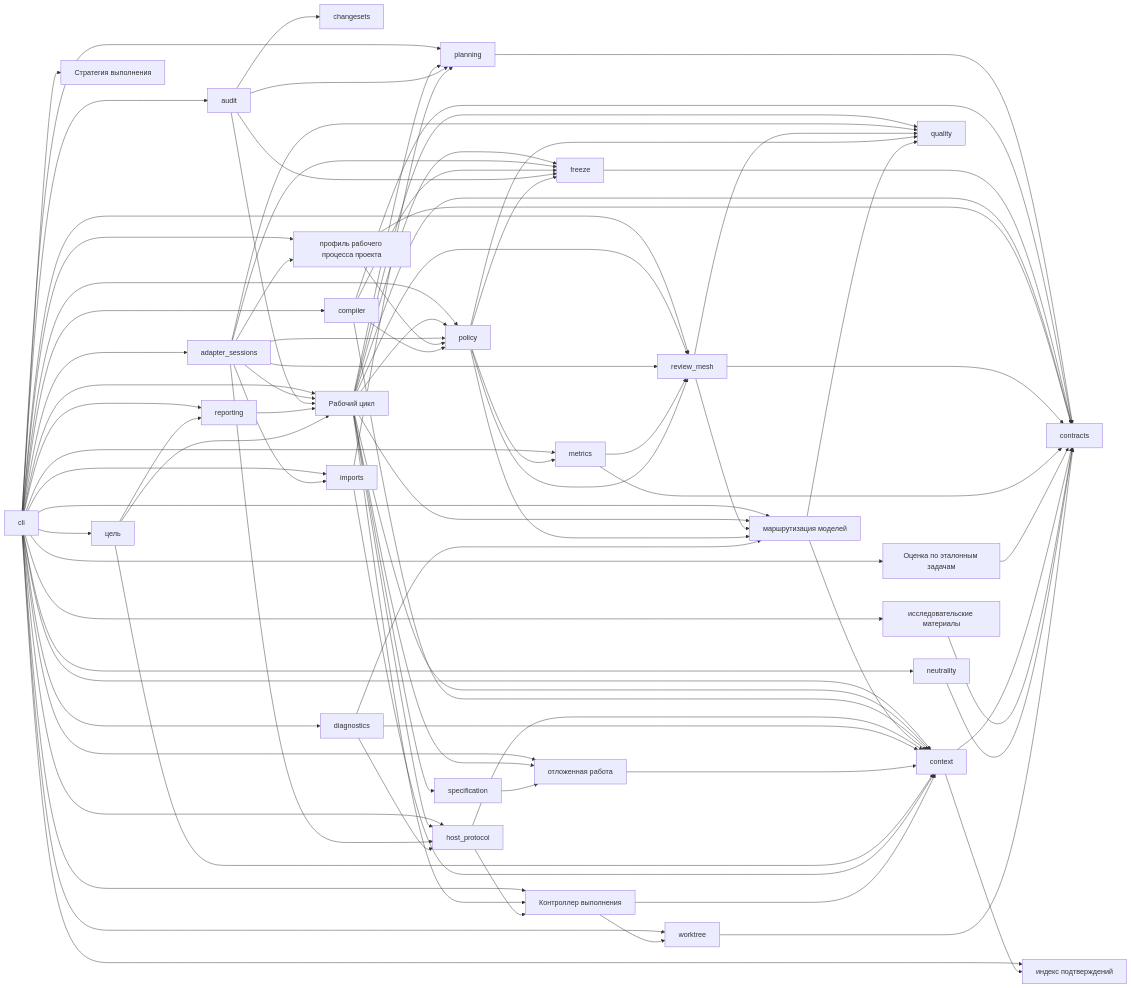
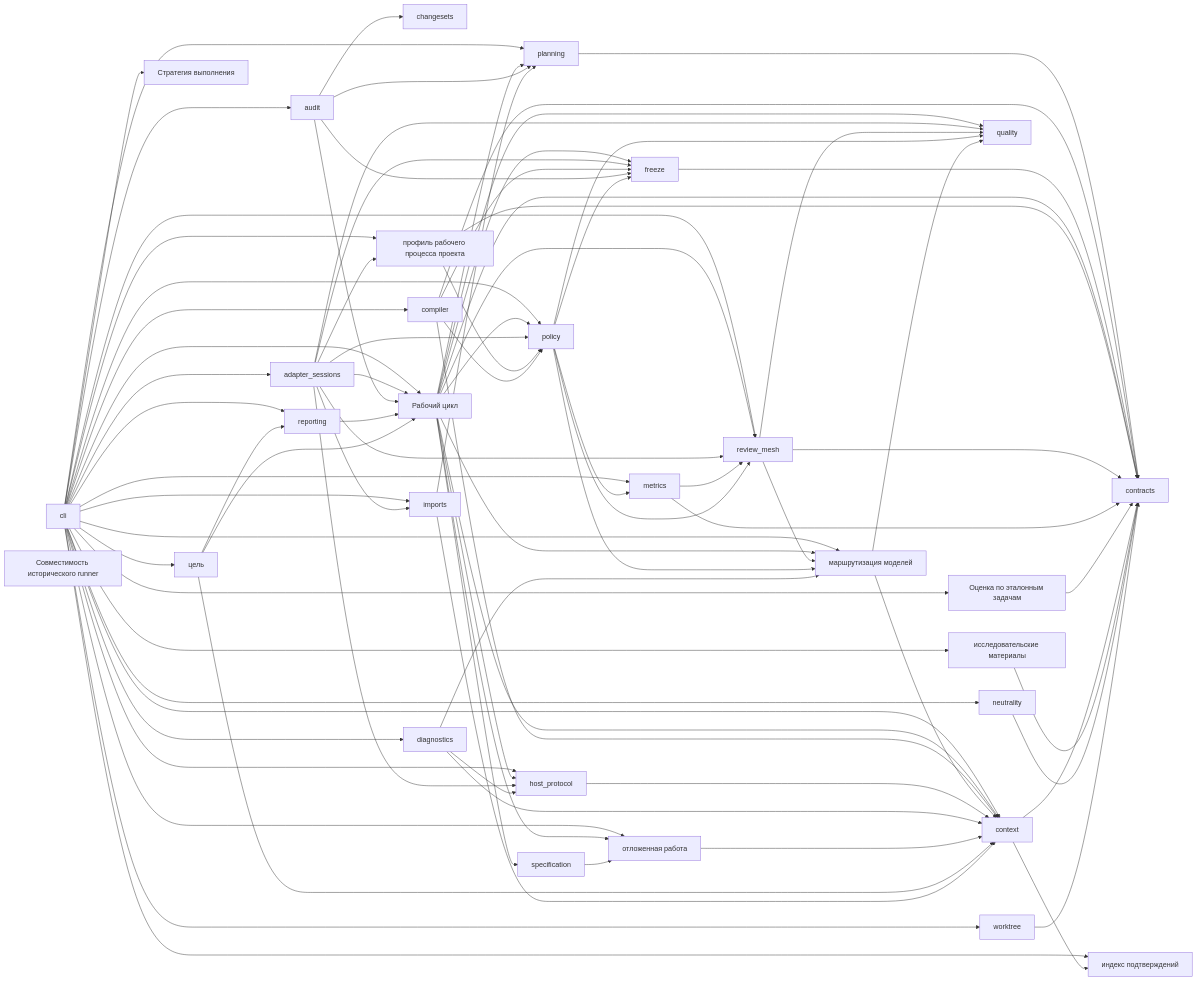
The fourth of 19 diagrams in docs/ru/architecture/system-architecture.md (avksp/agent-lifecycle-kit), drawn with Mermaid before and after one commit. The commit also changed other lines of this file and 94 other files, not shown here.

```diff
--- a/docs/ru/architecture/system-architecture.md
+++ b/docs/ru/architecture/system-architecture.md
@@ -451,7 +451,7 @@
   strategy[Стратегия выполнения]
   benchmarks[Оценка по эталонным задачам]
   neutrality[neutrality]
-  runner[Контроллер выполнения]
+  legacy[Совместимость исторического runner]
   worktree[worktree]
 
   cli --> planning
@@ -476,7 +476,6 @@
   cli --> benchmarks
   cli --> strategy
   cli --> neutrality
-  cli --> runner
   cli --> worktree
   planning --> contracts
   compiler --> contracts
@@ -491,7 +490,6 @@
   workflow --> policy
   workflow --> quality
   workflow --> review_mesh
-  workflow --> runner
   workflow --> specification
   adapter_sessions --> workflow
   adapter_sessions --> freeze
@@ -525,7 +523,6 @@
   model_routing --> context
   model_routing --> quality
   host_protocol --> context
-  host_protocol --> runner
   context --> evidence_index
   diagnostics --> context
   diagnostics --> host_protocol
@@ -537,8 +534,6 @@
   imports --> context
   imports --> planning
   specification --> followup
-  runner --> context
-  runner --> worktree
   context --> contracts
   research --> contracts
   neutrality --> contracts
```
